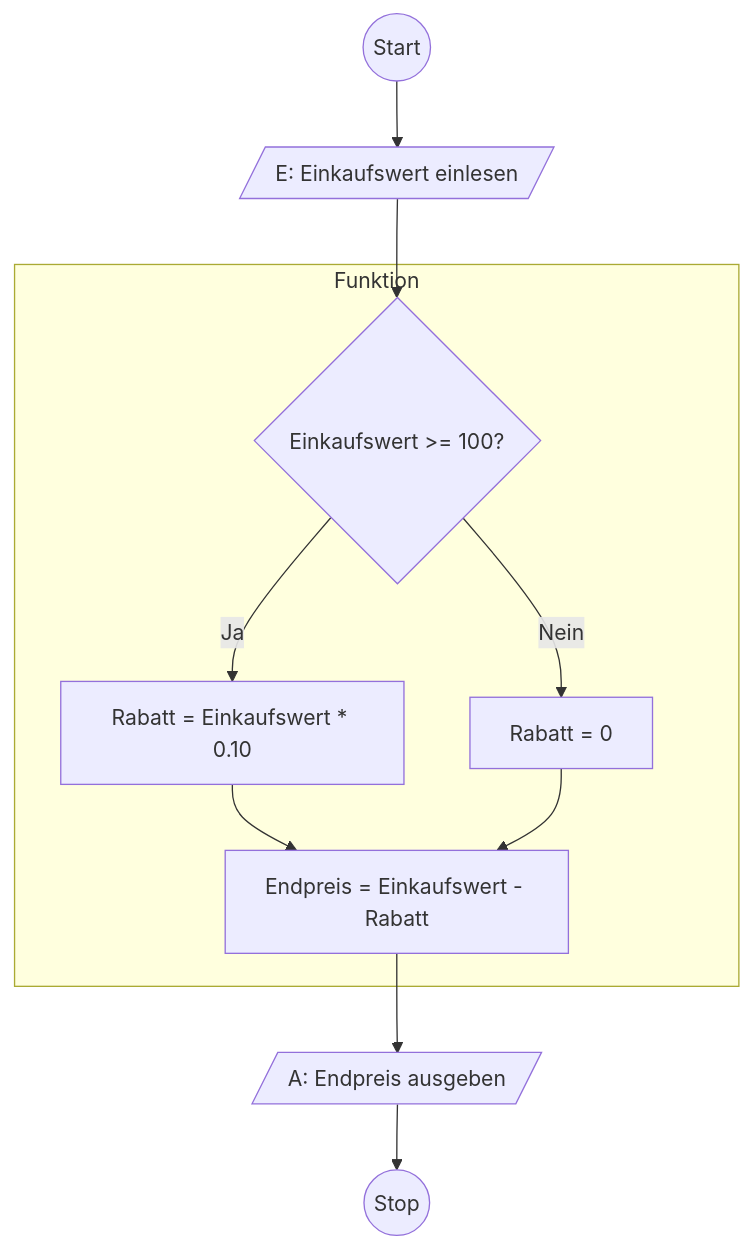
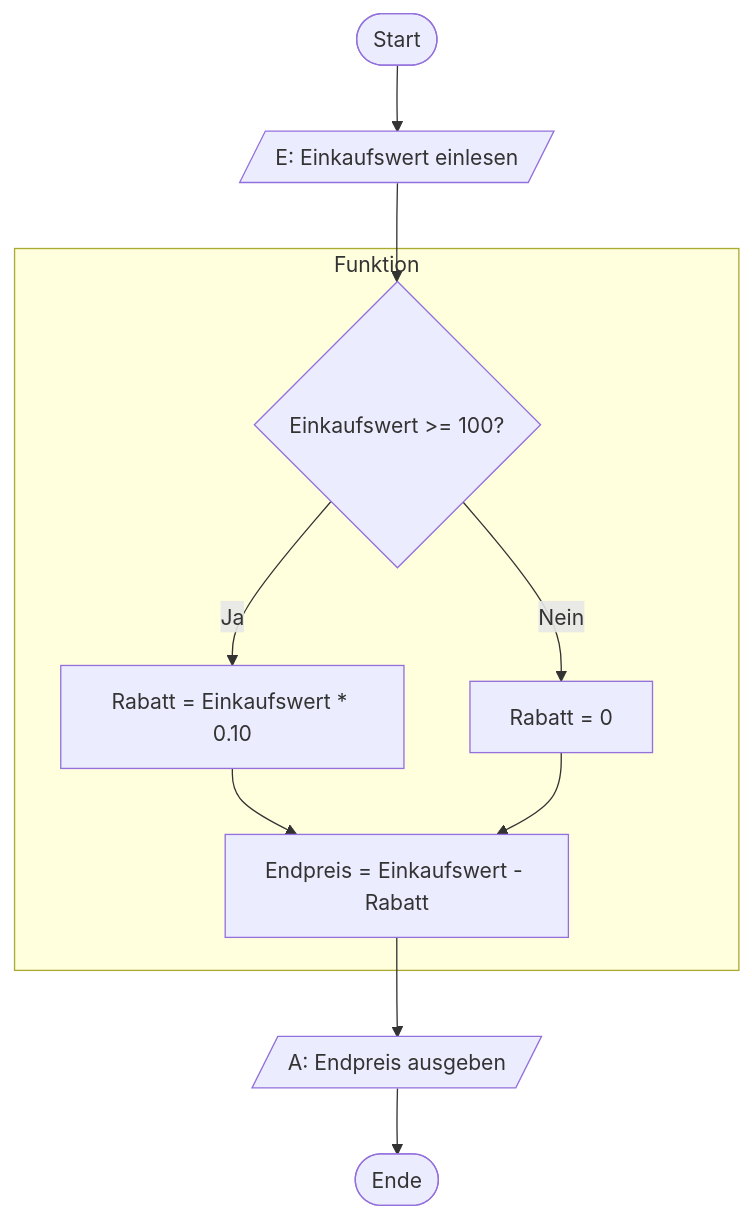
One commit to SRH-PAU-Testorganisation/2369-2469-Prog-M2-Assignments changed the second of 2 diagrams in _09_PapToCode/README.md. Above: the diagram before and after it, drawn with Mermaid. The commit also changed 4 other files, not shown here.

````diff
--- a/_09_PapToCode/README.md
+++ b/_09_PapToCode/README.md
@@ -19,13 +19,13 @@
 ```mermaid
 flowchart 
-    A((Start)) --> B[/E: Einkaufswert einlesen/]
+    A([Start]) --> B[/E: Einkaufswert einlesen/]
     B --> C{Einkaufswert >= 100?}
     subgraph Funktion
         C -- Ja --> D[Rabatt = Einkaufswert * 0.10]
         C -- Nein --> E[Rabatt = 0]
         D --> F[Endpreis = Einkaufswert - Rabatt]
         E --> F
     end
     F --> G[/A: Endpreis ausgeben/]
-    G --> H((Stop))
+    G --> H([Ende])
 ```
````
